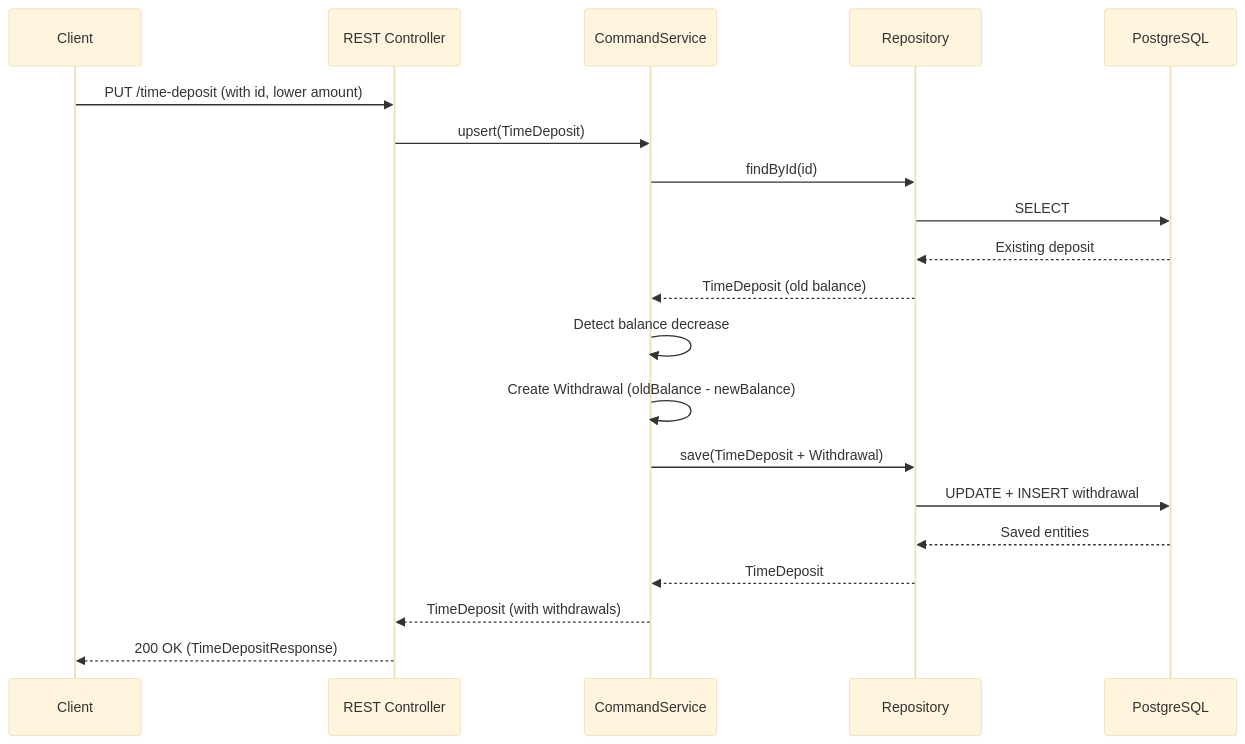
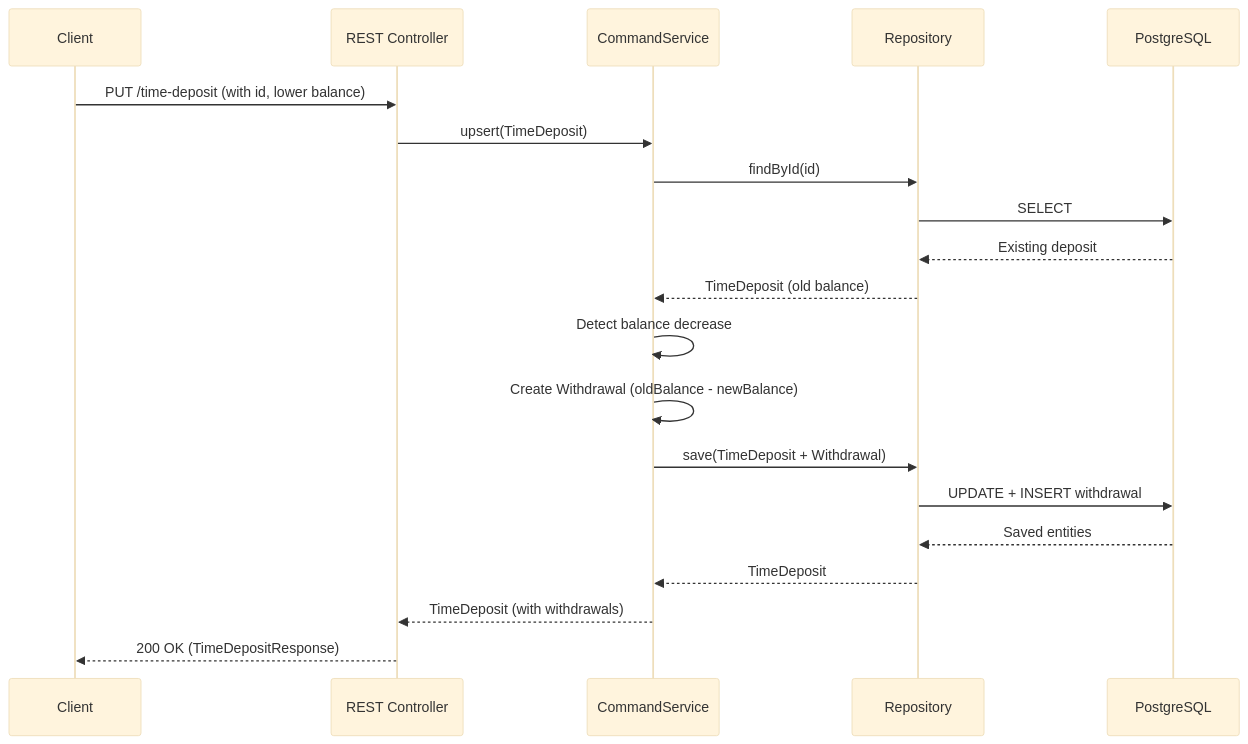
The fourth of 7 diagrams in kotlin/docs/TECHNICAL.md (TomaszRutyna/time-deposit-take-home-kata), drawn with Mermaid (base theme) before and after one commit. The commit also changed other lines of this file and 6 other files, not shown here.

Commit message:
Time-Deposit-Kata: field name adjustment after requirements review

````diff
--- a/kotlin/docs/TECHNICAL.md
+++ b/kotlin/docs/TECHNICAL.md
@@ -152,23 +152,23 @@
 ```mermaid
 sequenceDiagram
     participant Client
     participant Controller as REST Controller
     participant Service as CommandService
     participant Repo as Repository
     participant DB as PostgreSQL
 
-    Client->>Controller: PUT /time-deposit (with id, lower amount)
+    Client->>Controller: PUT /time-deposit (with id, lower balance)
     Controller->>Service: upsert(TimeDeposit)
     Service->>Repo: findById(id)
     Repo->>DB: SELECT
     DB-->>Repo: Existing deposit
     Repo-->>Service: TimeDeposit (old balance)
     Service->>Service: Detect balance decrease
     Service->>Service: Create Withdrawal (oldBalance - newBalance)
     Service->>Repo: save(TimeDeposit + Withdrawal)
     Repo->>DB: UPDATE + INSERT withdrawal
     DB-->>Repo: Saved entities
     Repo-->>Service: TimeDeposit
     Service-->>Controller: TimeDeposit (with withdrawals)
     Controller-->>Client: 200 OK (TimeDepositResponse)
 ```
````
